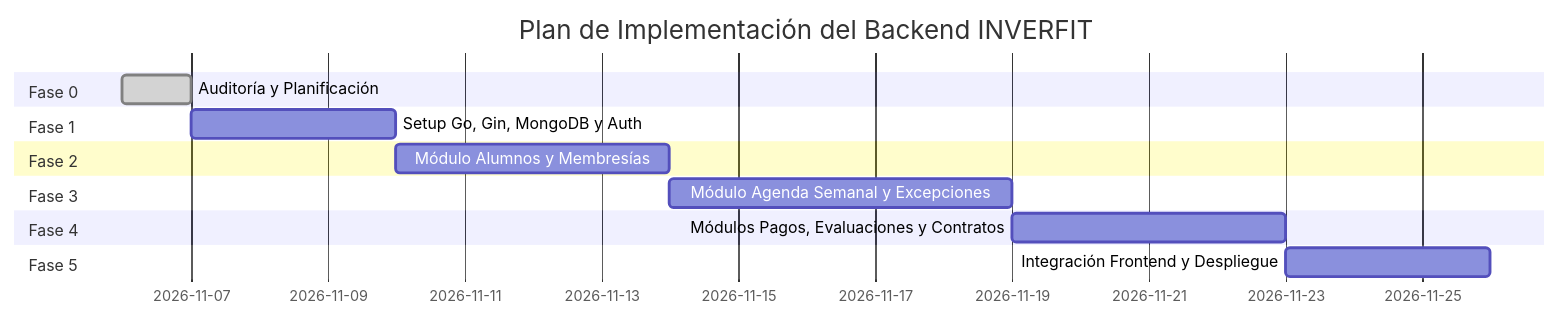
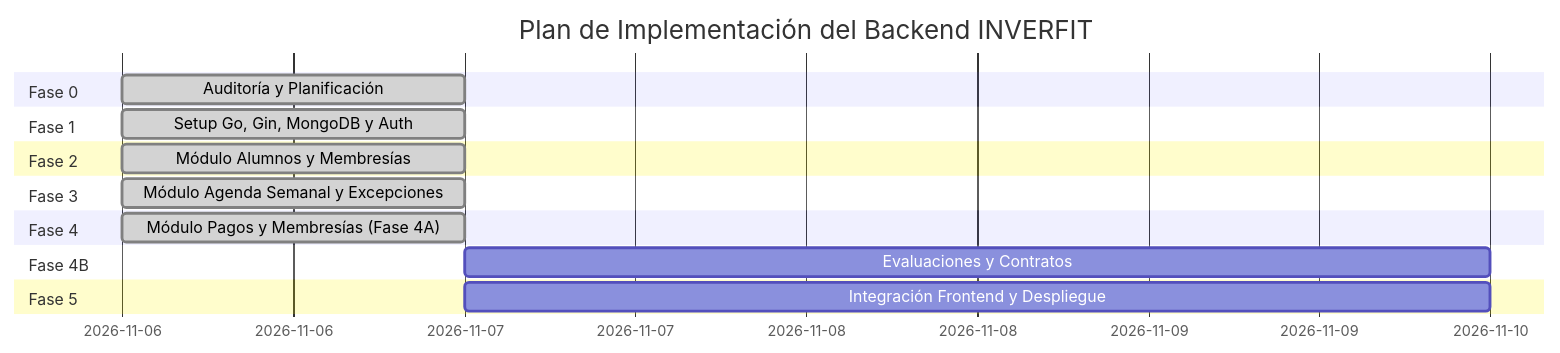
Before and after one commit to Midgardsormrr/Prototipo-Inverfit: the fifth of 5 diagrams in docs/PLAN_IMPLEMENTACION_BACKEND_GO_MONGODB.md, drawn with Mermaid. The commit also changed 69 other files, not shown here.

First line of the commit message:
implementa Alumnos, Agenda, Pagos y despliegue dockerizado

````diff
--- a/docs/PLAN_IMPLEMENTACION_BACKEND_GO_MONGODB.md
+++ b/docs/PLAN_IMPLEMENTACION_BACKEND_GO_MONGODB.md
@@ -951,17 +951,19 @@
 ```mermaid
 gantt
     title Plan de Implementación del Backend INVERFIT
     dateFormat  YYYY-MM-DD
     section Fase 0
     Auditoría y Planificación              :done, f0, 2026-11-06, 1d
     section Fase 1
-    Setup Go, Gin, MongoDB y Auth          :f1, 2026-11-07, 3d
+    Setup Go, Gin, MongoDB y Auth          :done, f1, 2026-11-06, 1d
     section Fase 2
-    Módulo Alumnos y Membresías            :f2, after f1, 4d
+    Módulo Alumnos y Membresías            :done, f2, 2026-11-06, 1d
     section Fase 3
-    Módulo Agenda Semanal y Excepciones    :f3, after f2, 5d
+    Módulo Agenda Semanal y Excepciones    :done, f3, 2026-11-06, 1d
     section Fase 4
-    Módulos Pagos, Evaluaciones y Contratos:f4, after f3, 4d
+    Módulo Pagos y Membresías (Fase 4A)   :done, f4a, 2026-11-06, 1d
+    section Fase 4B
+    Evaluaciones y Contratos               :f4b, 2026-11-07, 3d
     section Fase 5
     Integración Frontend y Despliegue      :f5, after f4, 3d
 ```
````
